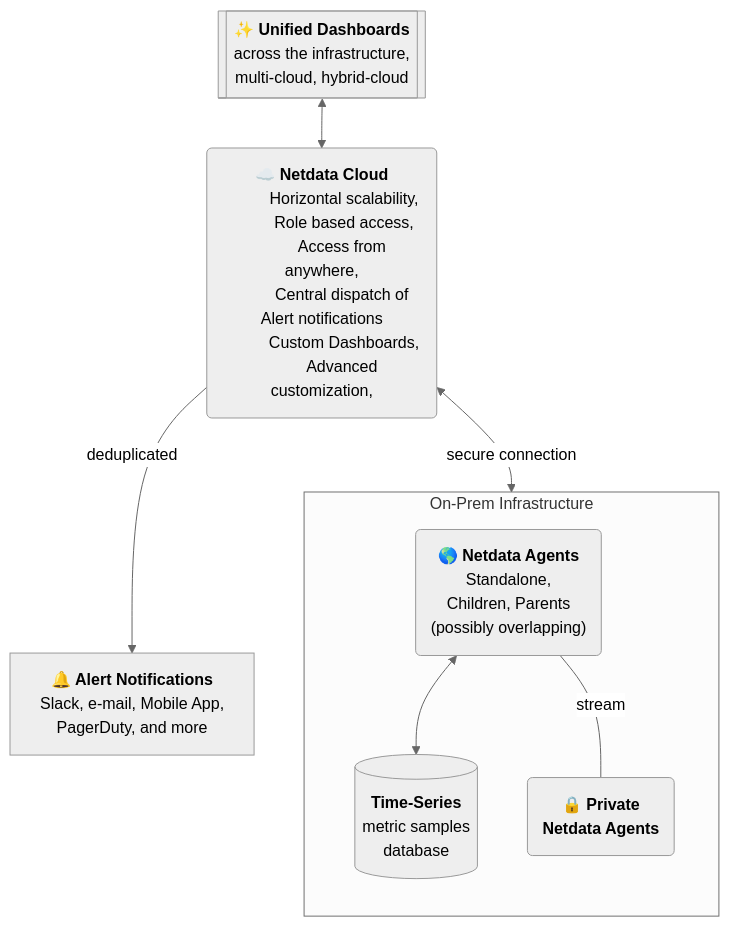
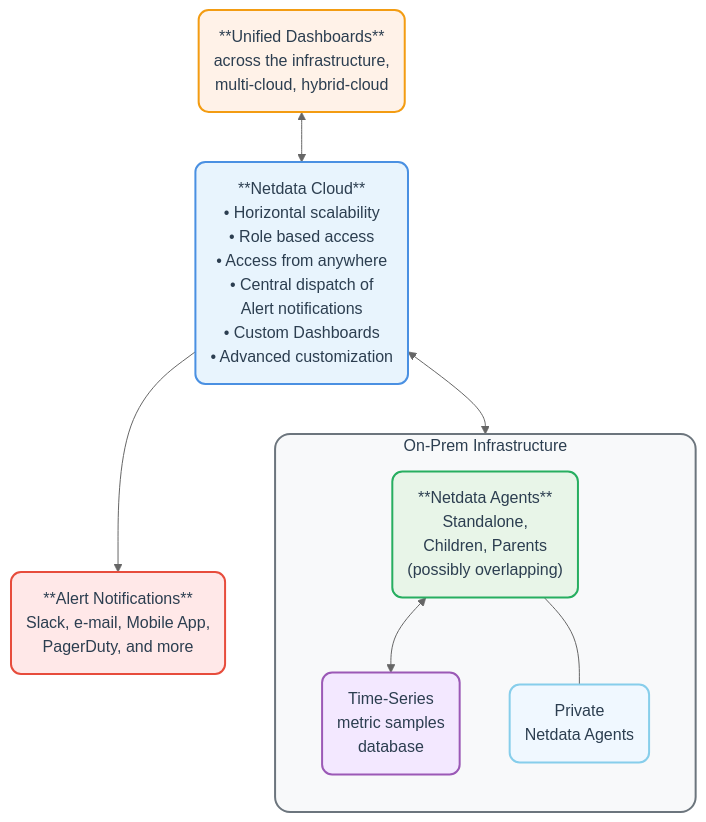
One commit to netdata/learn changed the diagram in docs/netdata-cloud/netdata-cloud.mdx. Above: the diagram before and after it, drawn with Mermaid (neutral theme). The commit also changed other lines of this file and 9 other files, not shown here.

````diff
--- a/docs/netdata-cloud/netdata-cloud.mdx
+++ b/docs/netdata-cloud/netdata-cloud.mdx
@@ -21,34 +28,65 @@
 ```mermaid
 flowchart TB
-    NC("<b>☁️ Netdata Cloud</b>
-          Horizontal scalability,
-          Role based access,
-          Access from anywhere,
-          Central dispatch of Alert notifications
-          Custom Dashboards,
-          Advanced customization,
-          ")
-    Users[["<b>✨ Unified Dashboards</b>
-            across the infrastructure,
-            multi-cloud, hybrid-cloud"]]
-    Notifications["<b>🔔 Alert Notifications</b>
-                    Slack, e-mail, Mobile App,
-                    PagerDuty, and more"]
-    Users <--> NC
-    NC -->|deduplicated| Notifications
-    subgraph On-Prem Infrastructure
-        direction TB
-        Agents("<b>🌎 Netdata Agents</b>
-                Standalone,
-                Children, Parents
-                (possibly overlapping)")
-        TimeSeries[("<b>Time-Series</b>
-                    metric samples
-                    database")]
-        PrivateAgents("<b>🔒 Private
-                        Netdata Agents</b>")
-        Agents <--> TimeSeries
-        Agents ---|stream| PrivateAgents
-    end
-    NC <-->|secure connection| Agents
+   NC[NC]
+   Users[Users]
+   Notifications[Notifications]
+
+   NC("**Netdata Cloud**
+• Horizontal scalability
+• Role based access
+• Access from anywhere
+• Central dispatch of<br/>Alert notifications
+• Custom Dashboards
+• Advanced customization")
+
+Users("**Unified Dashboards**
+across the infrastructure,
+multi-cloud, hybrid-cloud")
+
+Notifications("**Alert Notifications**
+Slack, e-mail, Mobile App,
+PagerDuty, and more")
+
+Users <--> NC
+NC --> Notifications
+
+subgraph infrastructure["On-Prem Infrastructure"]
+direction TB
+Agents[Agents]
+TimeSeries[TimeSeries]
+PrivateAgents[PrivateAgents]
+
+Agents("**Netdata Agents**
+Standalone,
+Children, Parents
+(possibly overlapping)")
+
+TimeSeries("Time-Series
+metric samples
+database")
+
+PrivateAgents("Private
+Netdata Agents")
+
+Agents <--> TimeSeries
+Agents --- PrivateAgents
+end
+
+NC <--> Agents
+
+classDef cloud fill: #e8f4fd, stroke: #4a90e2, stroke-width: 2px, color: #2c3e50, rx: 10, ry: 10
+classDef users fill: #fff2e8, stroke: #f39c12, stroke-width: 2px, color: #2c3e50, rx: 10, ry: 10
+classDef notifications fill: #ffe8e8, stroke: #e74c3c, stroke-width: 2px, color: #2c3e50, rx: 10, ry: 10
+classDef agents fill: #e8f5e8, stroke: #27ae60, stroke-width: 2px, color: #2c3e50, rx: 10, ry: 10
+classDef timeseries fill: #f3e8ff, stroke: #9b59b6, stroke-width: 2px, color: #2c3e50, rx: 10, ry: 10
+classDef private fill: #f0f8ff, stroke: #87ceeb, stroke-width: 2px, color: #2c3e50, rx: 10, ry: 10
+classDef subgraphStyle fill: #f8f9fa, stroke: #6c757d, stroke-width: 2px, color: #2c3e50, rx: 15, ry: 15
+
+class NC cloud
+class Users users
+class Notifications notifications
+class Agents agents
+class TimeSeries timeseries
+class PrivateAgents private
+class infrastructure subgraphStyle
 ```
````
